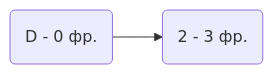
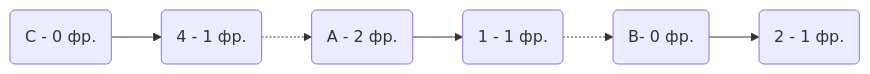
Diagram 12 of 14 in task-8/Milty-task-8.md (hse-algo-24-crow/manual-tasks-crow), drawn with Mermaid before and after one commit. The commit also changed other lines of this file, not shown here.

````diff
--- a/task-8/Milty-task-8.md
+++ b/task-8/Milty-task-8.md
@@ -369,4 +405,4 @@
 ```mermaid
 graph LR
-    D(D - 0 фр.)  -->  2(2 - 3 фр.) 
+    C(C - 0 фр.)  --> 4(4 - 1 фр.) -.-> A(A - 2 фр.) --> 1(1 - 1 фр.) -.-> B(B- 0 фр.) --> 2(2 - 1 фр.)
 ```
````
